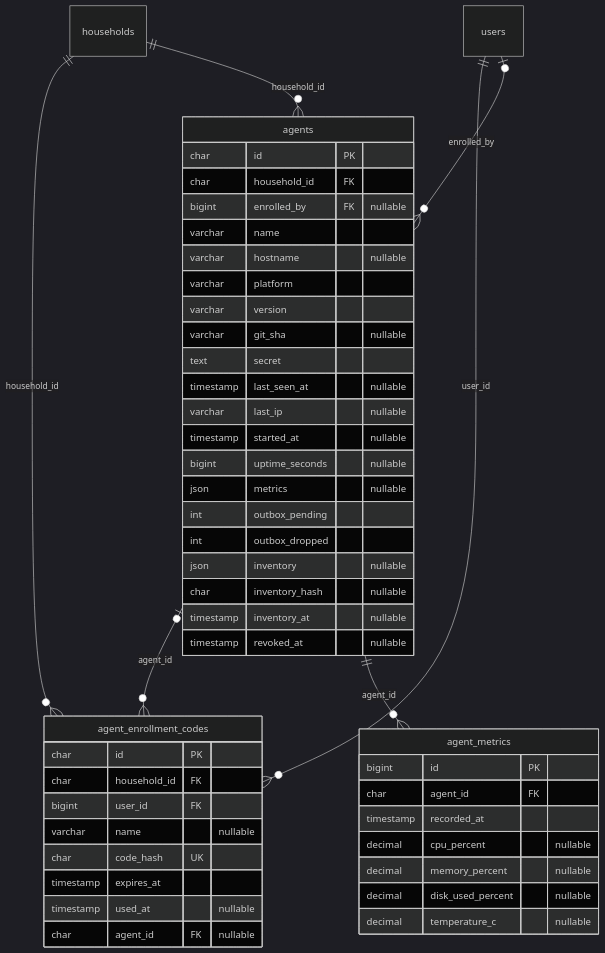
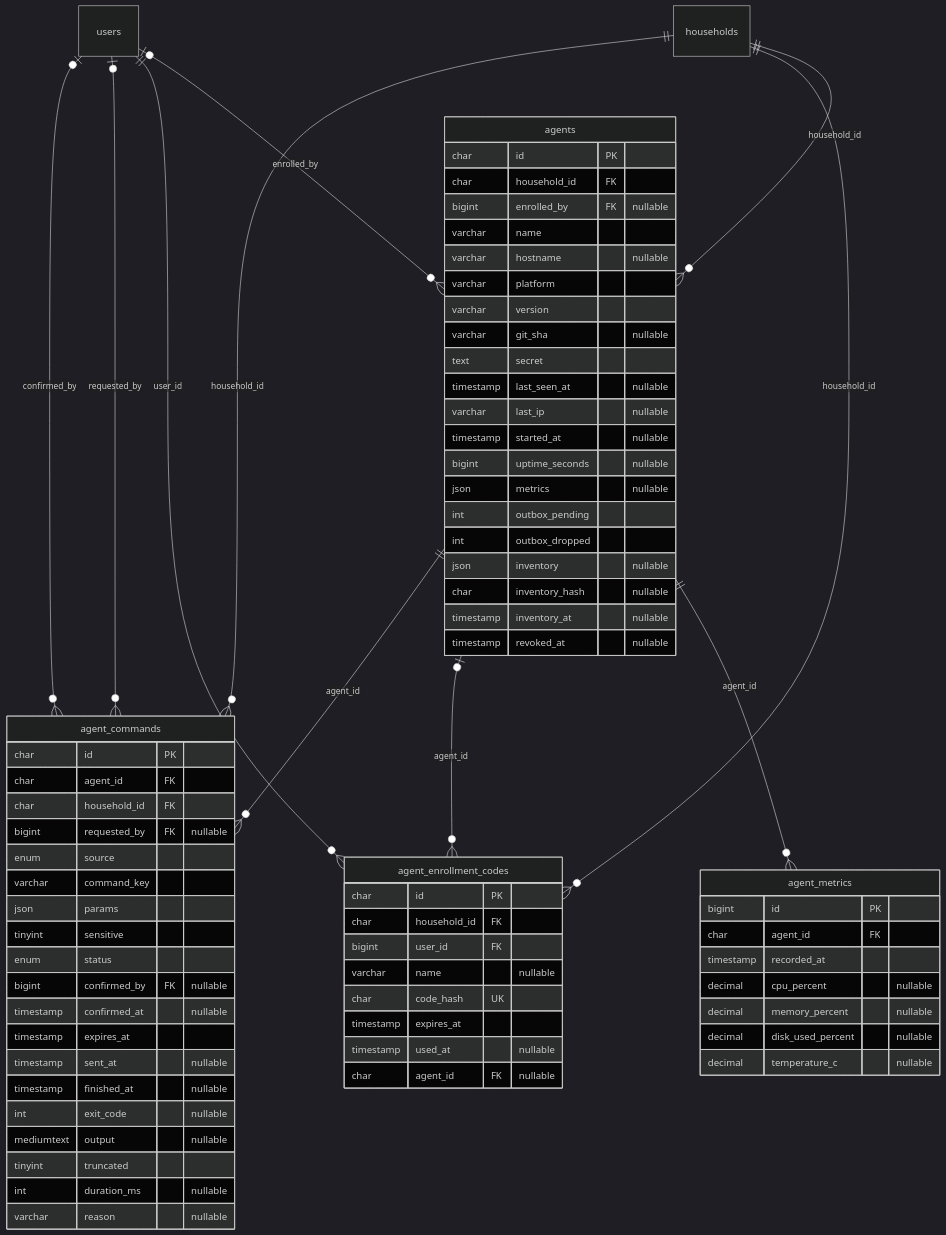
Before and after one commit to kgiannopoulou/home-helper-api: diagram 12 of 12 in docs/database.md, drawn with Mermaid (dark theme). The commit also changed other lines of this file and 26 other files, not shown here.

````diff
--- a/docs/database.md
+++ b/docs/database.md
@@ -638,50 +641,75 @@
 ```mermaid
 erDiagram
     agents {
         char id PK
         char household_id FK
         bigint enrolled_by FK "nullable"
         varchar name
         varchar hostname "nullable"
         varchar platform
         varchar version
         varchar git_sha "nullable"
         text secret
         timestamp last_seen_at "nullable"
         varchar last_ip "nullable"
         timestamp started_at "nullable"
         bigint uptime_seconds "nullable"
         json metrics "nullable"
         int outbox_pending
         int outbox_dropped
         json inventory "nullable"
         char inventory_hash "nullable"
         timestamp inventory_at "nullable"
         timestamp revoked_at "nullable"
     }
     agent_enrollment_codes {
         char id PK
         char household_id FK
         bigint user_id FK
         varchar name "nullable"
         char code_hash UK
         timestamp expires_at
         timestamp used_at "nullable"
         char agent_id FK "nullable"
     }
     agent_metrics {
         bigint id PK
         char agent_id FK
         timestamp recorded_at
         decimal cpu_percent "nullable"
         decimal memory_percent "nullable"
         decimal disk_used_percent "nullable"
         decimal temperature_c "nullable"
     }
+    agent_commands {
+        char id PK
+        char agent_id FK
+        char household_id FK
+        bigint requested_by FK "nullable"
+        enum source
+        varchar command_key
+        json params
+        tinyint sensitive
+        enum status
+        bigint confirmed_by FK "nullable"
+        timestamp confirmed_at "nullable"
+        timestamp expires_at
+        timestamp sent_at "nullable"
+        timestamp finished_at "nullable"
+        int exit_code "nullable"
+        mediumtext output "nullable"
+        tinyint truncated
+        int duration_ms "nullable"
+        varchar reason "nullable"
+    }
+    agents ||--o{ agent_commands : "agent_id"
+    users |o--o{ agent_commands : "confirmed_by"
+    households ||--o{ agent_commands : "household_id"
+    users |o--o{ agent_commands : "requested_by"
     agents |o--o{ agent_enrollment_codes : "agent_id"
     households ||--o{ agent_enrollment_codes : "household_id"
     users ||--o{ agent_enrollment_codes : "user_id"
     agents ||--o{ agent_metrics : "agent_id"
     users |o--o{ agents : "enrolled_by"
     households ||--o{ agents : "household_id"
 ```
````
